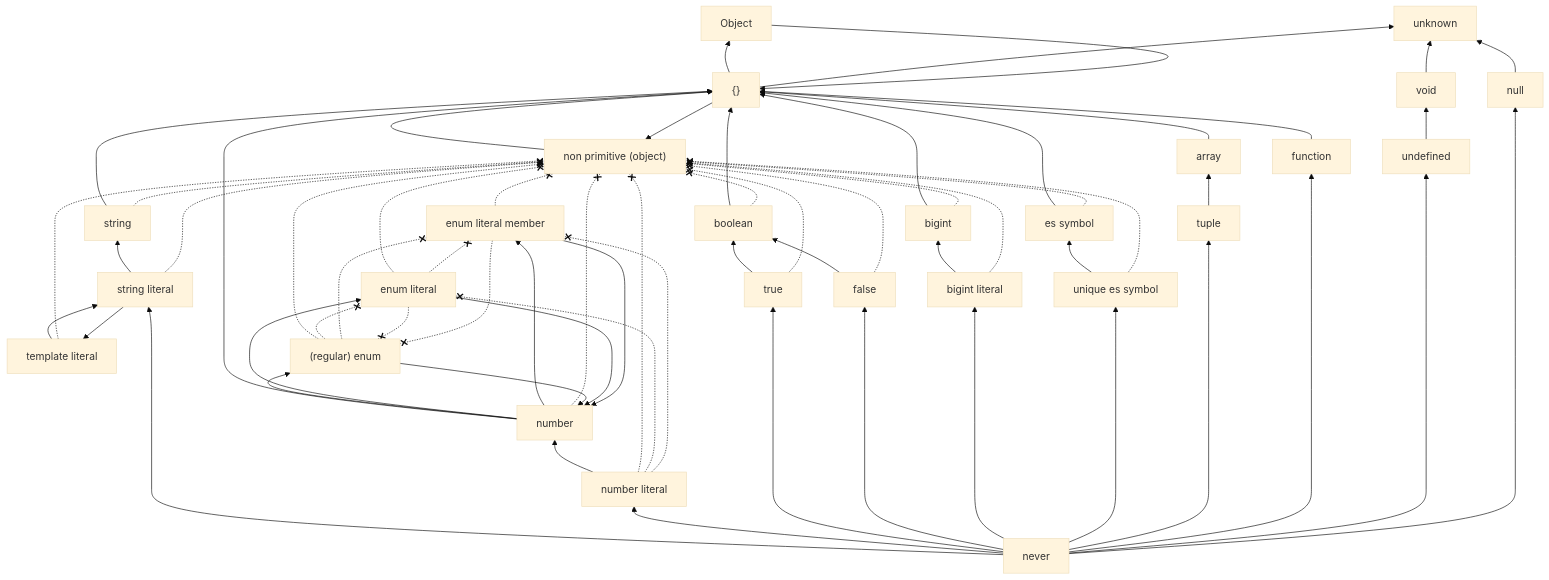
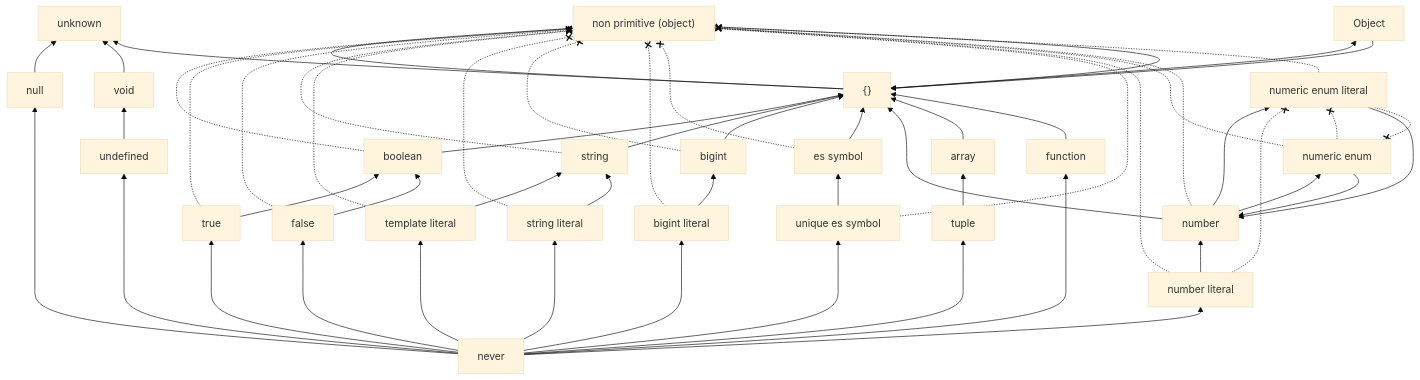
The diagram in README.md (sititou70/ts-extends-hierarchy), drawn with Mermaid (base theme) before and after one commit. The commit also changed other lines of this file and 12 other files, not shown here.

Commit message:
refactor: extendsではなく実際に代入を行うことで図を生成するように変更

````diff
--- a/README.md
+++ b/README.md
@@ -5,65 +5,58 @@
 ```mermaid
 flowchart BT
-0["non primitive (object)"] --> 2["{}"]
-1["Object"] --> 2["{}"]
-2["{}"] --> 0["non primitive (object)"]
-2["{}"] --> 1["Object"]
-2["{}"] --> 3["unknown"]
-4["string"] --> 2["{}"]
-5["template literal"] --> 6["string literal"]
-6["string literal"] --> 4["string"]
-6["string literal"] --> 5["template literal"]
-7["number literal"] --> 9["number"]
-8["(regular) enum"] --> 9["number"]
-10["enum literal"] --> 9["number"]
-11["enum literal member"] --> 9["number"]
-9["number"] --> 2["{}"]
-9["number"] --> 8["(regular) enum"]
-9["number"] --> 10["enum literal"]
-9["number"] --> 11["enum literal member"]
-12["boolean"] --> 2["{}"]
-13["true"] --> 12["boolean"]
-14["false"] --> 12["boolean"]
-15["bigint"] --> 2["{}"]
-16["bigint literal"] --> 15["bigint"]
-17["es symbol"] --> 2["{}"]
-18["unique es symbol"] --> 17["es symbol"]
-19["array"] --> 2["{}"]
-20["tuple"] --> 19["array"]
-21["function"] --> 2["{}"]
-22["void"] --> 3["unknown"]
-23["undefined"] --> 22["void"]
-24["null"] --> 3["unknown"]
-25["never"] --> 6["string literal"]
-25["never"] --> 7["number literal"]
-25["never"] --> 13["true"]
-25["never"] --> 14["false"]
-25["never"] --> 16["bigint literal"]
-25["never"] --> 18["unique es symbol"]
-25["never"] --> 20["tuple"]
-25["never"] --> 21["function"]
-25["never"] --> 23["undefined"]
-25["never"] --> 24["null"]
-4["string"] -.-x 0["non primitive (object)"]
-5["template literal"] -.-x 0["non primitive (object)"]
-6["string literal"] -.-x 0["non primitive (object)"]
-7["number literal"] -.-x 0["non primitive (object)"]
-7["number literal"] -.-x 10["enum literal"]
-7["number literal"] -.-x 11["enum literal member"]
-8["(regular) enum"] -.-x 0["non primitive (object)"]
-8["(regular) enum"] -.-x 10["enum literal"]
-8["(regular) enum"] -.-x 11["enum literal member"]
-9["number"] -.-x 0["non primitive (object)"]
-10["enum literal"] -.-x 0["non primitive (object)"]
-10["enum literal"] -.-x 8["(regular) enum"]
-10["enum literal"] -.-x 11["enum literal member"]
-11["enum literal member"] -.-x 0["non primitive (object)"]
-11["enum literal member"] -.-x 8["(regular) enum"]
-12["boolean"] -.-x 0["non primitive (object)"]
-13["true"] -.-x 0["non primitive (object)"]
-14["false"] -.-x 0["non primitive (object)"]
-15["bigint"] -.-x 0["non primitive (object)"]
-16["bigint literal"] -.-x 0["non primitive (object)"]
-17["es symbol"] -.-x 0["non primitive (object)"]
-18["unique es symbol"] -.-x 0["non primitive (object)"]
+0["never"] --> 1["undefined"]
+0["never"] --> 2["null"]
+1["undefined"] --> 3["void"]
+5["true"] --> 4["boolean"]
+6["false"] --> 4["boolean"]
+0["never"] --> 5["true"]
+0["never"] --> 6["false"]
+8["template literal"] --> 7["string"]
+9["string literal"] --> 7["string"]
+0["never"] --> 8["template literal"]
+0["never"] --> 9["string literal"]
+11["bigint literal"] --> 10["bigint"]
+0["never"] --> 11["bigint literal"]
+13["unique es symbol"] --> 12["es symbol"]
+0["never"] --> 13["unique es symbol"]
+0["never"] --> 14["number literal"]
+16["number"] --> 15["numeric enum"]
+16["number"] --> 17["numeric enum literal "]
+14["number literal"] --> 16["number"]
+15["numeric enum"] --> 16["number"]
+17["numeric enum literal "] --> 16["number"]
+19["tuple"] --> 18["array"]
+0["never"] --> 19["tuple"]
+0["never"] --> 20["function"]
+23["{}"] --> 21["non primitive (object)"]
+23["{}"] --> 22["Object"]
+4["boolean"] --> 23["{}"]
+7["string"] --> 23["{}"]
+10["bigint"] --> 23["{}"]
+12["es symbol"] --> 23["{}"]
+16["number"] --> 23["{}"]
+18["array"] --> 23["{}"]
+20["function"] --> 23["{}"]
+21["non primitive (object)"] --> 23["{}"]
+22["Object"] --> 23["{}"]
+2["null"] --> 24["unknown"]
+3["void"] --> 24["unknown"]
+23["{}"] --> 24["unknown"]
+4["boolean"] -.-x 21["non primitive (object)"]
+5["true"] -.-x 21["non primitive (object)"]
+6["false"] -.-x 21["non primitive (object)"]
+7["string"] -.-x 21["non primitive (object)"]
+8["template literal"] -.-x 21["non primitive (object)"]
+9["string literal"] -.-x 21["non primitive (object)"]
+10["bigint"] -.-x 21["non primitive (object)"]
+11["bigint literal"] -.-x 21["non primitive (object)"]
+12["es symbol"] -.-x 21["non primitive (object)"]
+13["unique es symbol"] -.-x 21["non primitive (object)"]
+14["number literal"] -.-x 17["numeric enum literal "]
+14["number literal"] -.-x 21["non primitive (object)"]
+15["numeric enum"] -.-x 17["numeric enum literal "]
+15["numeric enum"] -.-x 21["non primitive (object)"]
+16["number"] -.-x 21["non primitive (object)"]
+17["numeric enum literal "] -.-x 15["numeric enum"]
+17["numeric enum literal "] -.-x 21["non primitive (object)"]
 ```
````
